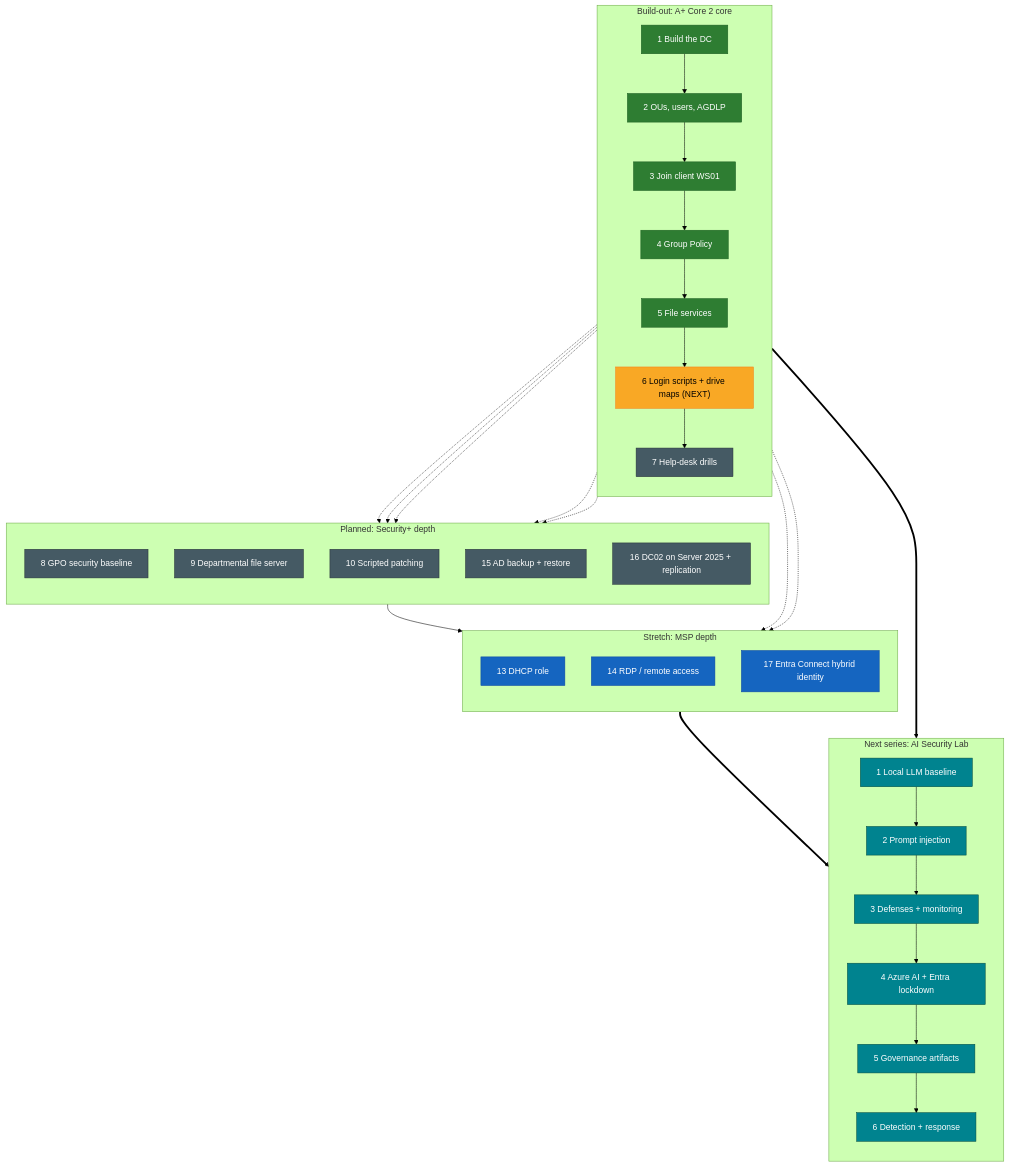
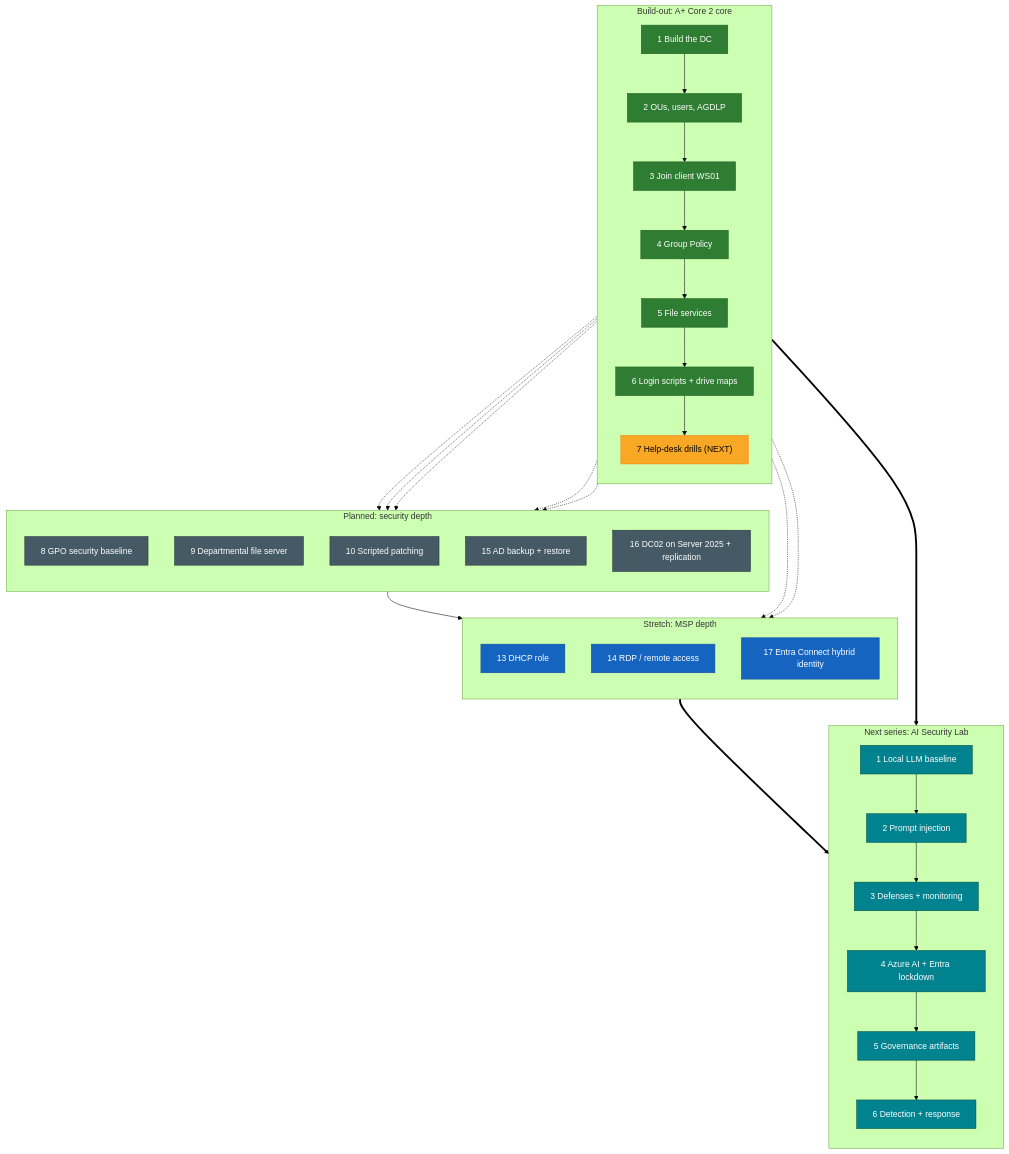
The diagram in docs/lab-map.md (chweaver/ad-lab-guide), drawn with Mermaid (forest theme) before and after one commit. The commit also changed other lines of this file and 5 other files, not shown here.

First line of the commit message:
Phase 6 done: login scripts and drive maps verified on WS01

````diff
--- a/docs/lab-map.md
+++ b/docs/lab-map.md
@@ -5,60 +5,60 @@
 ```mermaid
 flowchart TD
     classDef done fill:#2e7d32,stroke:#1b5e20,color:#fff
     classDef next fill:#f9a825,stroke:#f57f17,color:#000
     classDef planned fill:#455a64,stroke:#263238,color:#fff
     classDef stretch fill:#1565c0,stroke:#0d47a1,color:#fff
     classDef ai fill:#00838f,stroke:#004d40,color:#fff
 
     subgraph BUILD["Build-out: A+ Core 2 core"]
         direction TB
         P1["1 Build the DC"] --> P2["2 OUs, users, AGDLP"]
         P2 --> P3["3 Join client WS01"]
         P3 --> P4["4 Group Policy"]
         P4 --> P5["5 File services"]
-        P5 --> P6["6 Login scripts + drive maps (NEXT)"]
-        P6 --> P7["7 Help-desk drills"]
+        P5 --> P6["6 Login scripts + drive maps"]
+        P6 --> P7["7 Help-desk drills (NEXT)"]
     end
 
-    subgraph PLANNED["Planned: Security+ depth"]
+    subgraph PLANNED["Planned: security depth"]
         direction TB
         P8["8 GPO security baseline"]
         P9["9 Departmental file server"]
         P10["10 Scripted patching"]
         P15["15 AD backup + restore"]
         P16["16 DC02 on Server 2025 + replication"]
     end
 
     subgraph STRETCH["Stretch: MSP depth"]
         direction TB
         P13["13 DHCP role"]
         P14["14 RDP / remote access"]
         P17["17 Entra Connect hybrid identity"]
     end
 
     subgraph AISEC["Next series: AI Security Lab"]
         direction TB
         A1["1 Local LLM baseline"] --> A2["2 Prompt injection"]
         A2 --> A3["3 Defenses + monitoring"]
         A3 --> A4["4 Azure AI + Entra lockdown"]
         A4 --> A5["5 Governance artifacts"]
         A5 --> A6["6 Detection + response"]
     end
 
     P4 -.-> P8
     P5 -.-> P9
     P5 -.-> P10
     P7 -.-> P15
     P4 -.-> P16
     P4 -.-> P13
     P4 -.-> P14
     P16 --> P17
     P7 ==> A1
     P17 ==> A4
 
-    class P1,P2,P3,P4,P5 done
-    class P6 next
-    class P7,P8,P9,P10,P15,P16 planned
+    class P1,P2,P3,P4,P5,P6 done
+    class P7 next
+    class P8,P9,P10,P15,P16 planned
     class P13,P14,P17 stretch
     class A1,A2,A3,A4,A5,A6 ai
 ```
````
